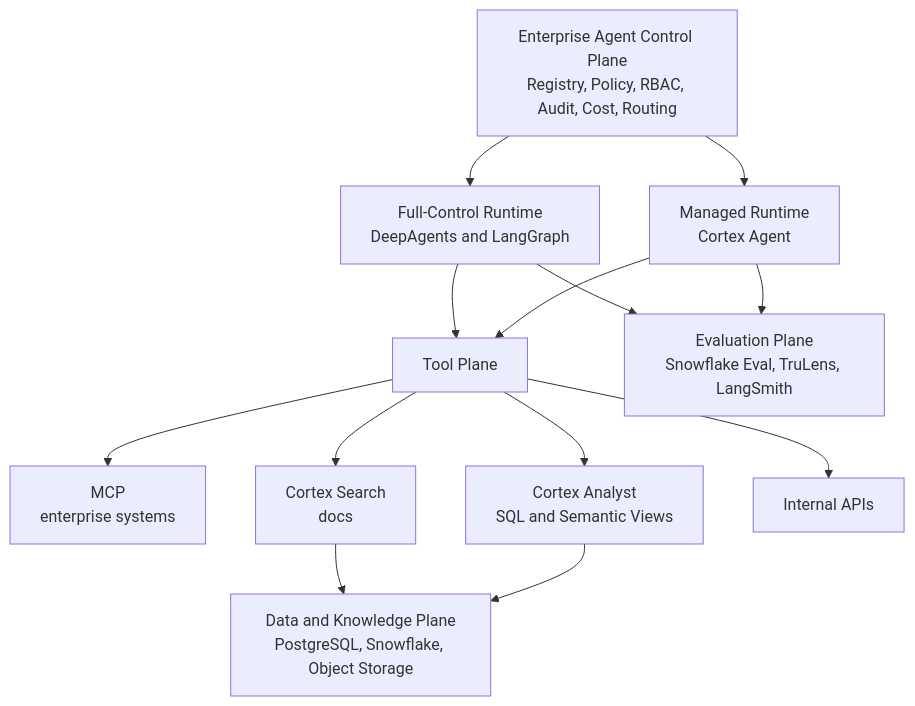
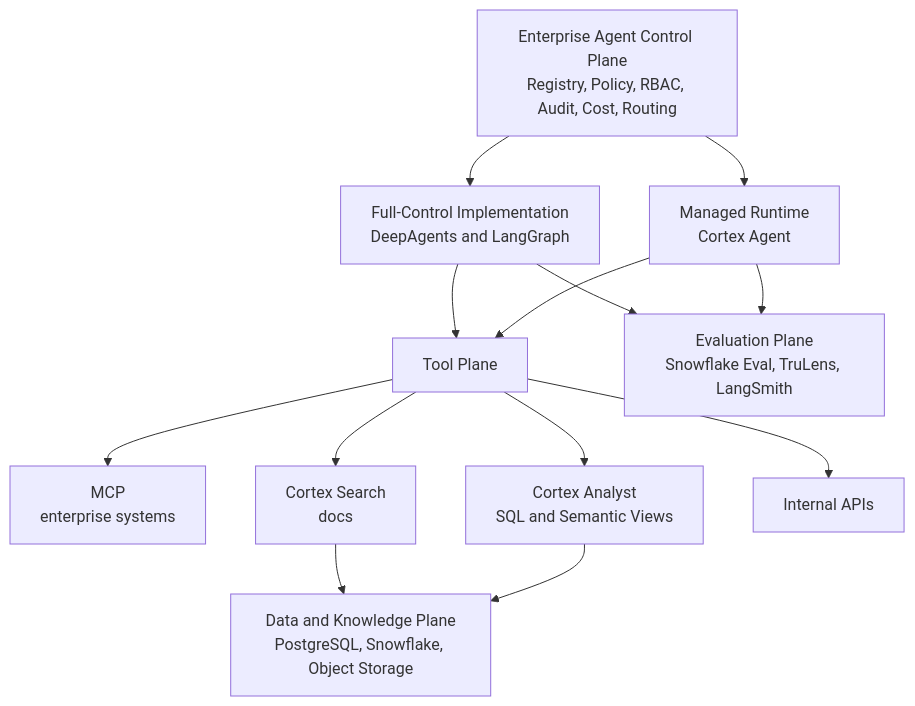
One commit to devweekly/devweekly.github.io changed the eighth of 10 diagrams in temp/Snowflake Agent体系-成稿.md. Above: the diagram before and after it, drawn with Mermaid. The commit also changed other lines of this file and 3 other files, not shown here.

````diff
--- a/temp/Snowflake Agent体系-成稿.md
+++ b/temp/Snowflake Agent体系-成稿.md
@@ -571,26 +571,26 @@
 ```mermaid
 flowchart TD
     CP["Enterprise Agent Control Plane<br/>Registry, Policy, RBAC, Audit, Cost, Routing"]
-    FR["Full-Control Runtime<br/>DeepAgents and LangGraph"]
+    FR["Full-Control Implementation<br/>DeepAgents and LangGraph"]
     MR["Managed Runtime<br/>Cortex Agent"]
     TP["Tool Plane"]
     MCP["MCP<br/>enterprise systems"]
     SEA["Cortex Search<br/>docs"]
     ANA["Cortex Analyst<br/>SQL and Semantic Views"]
     API["Internal APIs"]
     DP["Data and Knowledge Plane<br/>PostgreSQL, Snowflake, Object Storage"]
     EV["Evaluation Plane<br/>Snowflake Eval, TruLens, LangSmith"]
 
     CP --> FR
     CP --> MR
     FR --> TP
     MR --> TP
     TP --> MCP
     TP --> SEA
     TP --> ANA
     TP --> API
     SEA --> DP
     ANA --> DP
     FR --> EV
     MR --> EV
 ```
````
